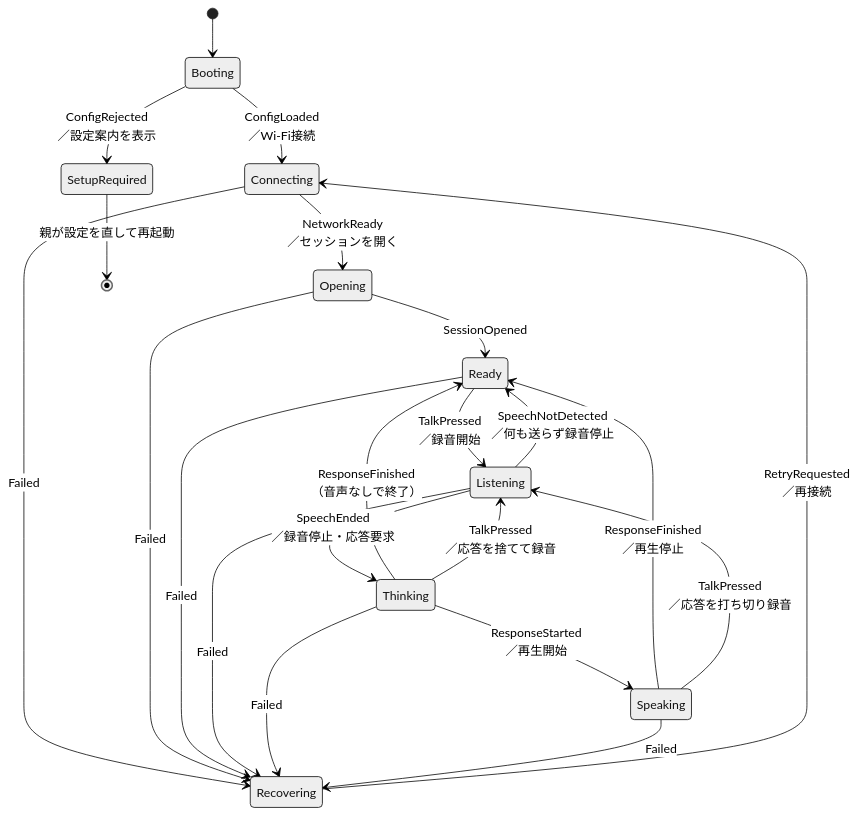
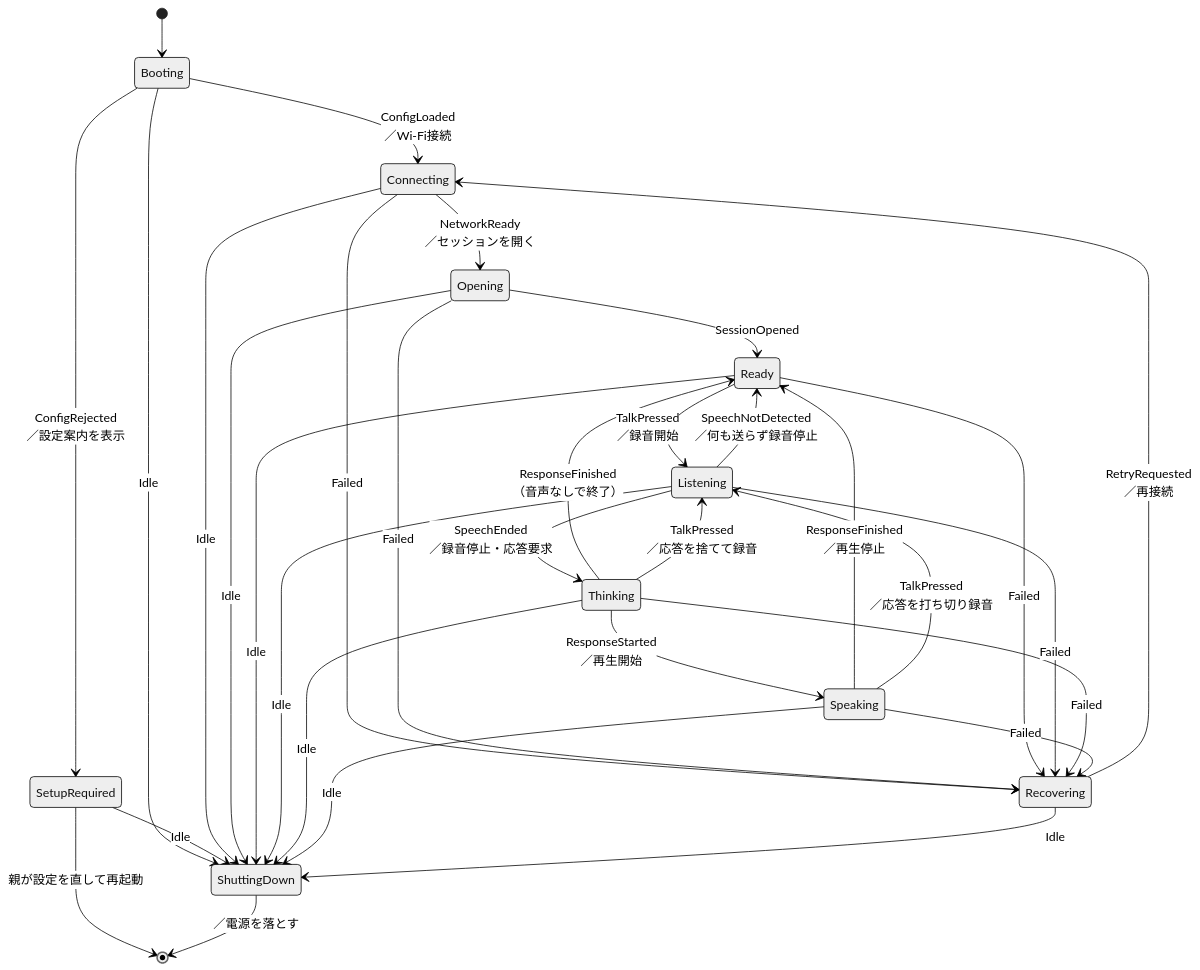
One commit to kibou-vision/m5a changed the first of 2 diagrams in docs/design/state.md. Above: the diagram before and after it, drawn with Mermaid (neutral theme). The commit also changed other lines of this file and 7 other files, not shown here.

````diff
--- a/docs/design/state.md
+++ b/docs/design/state.md
@@ -8,31 +8,42 @@
 ```mermaid
 stateDiagram-v2
   [*] --> Booting
 
   Booting --> SetupRequired : ConfigRejected<br/>／設定案内を表示
   Booting --> Connecting : ConfigLoaded<br/>／Wi-Fi接続
 
   Connecting --> Opening : NetworkReady<br/>／セッションを開く
   Opening --> Ready : SessionOpened
 
   Ready --> Listening : TalkPressed<br/>／録音開始
   Listening --> Thinking : SpeechEnded<br/>／録音停止・応答要求
   Listening --> Ready : SpeechNotDetected<br/>／何も送らず録音停止
   Thinking --> Speaking : ResponseStarted<br/>／再生開始
   Thinking --> Ready : ResponseFinished<br/>（音声なしで終了）
   Speaking --> Ready : ResponseFinished<br/>／再生停止
 
   Speaking --> Listening : TalkPressed<br/>／応答を打ち切り録音
   Thinking --> Listening : TalkPressed<br/>／応答を捨てて録音
 
   Connecting --> Recovering : Failed
   Opening --> Recovering : Failed
   Ready --> Recovering : Failed
   Listening --> Recovering : Failed
   Thinking --> Recovering : Failed
   Speaking --> Recovering : Failed
 
   Recovering --> Connecting : RetryRequested<br/>／再接続
 
   SetupRequired --> [*] : 親が設定を直して再起動
+
+  Booting --> ShuttingDown : Idle
+  SetupRequired --> ShuttingDown : Idle
+  Connecting --> ShuttingDown : Idle
+  Opening --> ShuttingDown : Idle
+  Ready --> ShuttingDown : Idle
+  Listening --> ShuttingDown : Idle
+  Thinking --> ShuttingDown : Idle
+  Speaking --> ShuttingDown : Idle
+  Recovering --> ShuttingDown : Idle
+  ShuttingDown --> [*] : ／電源を落とす
 ```
````
